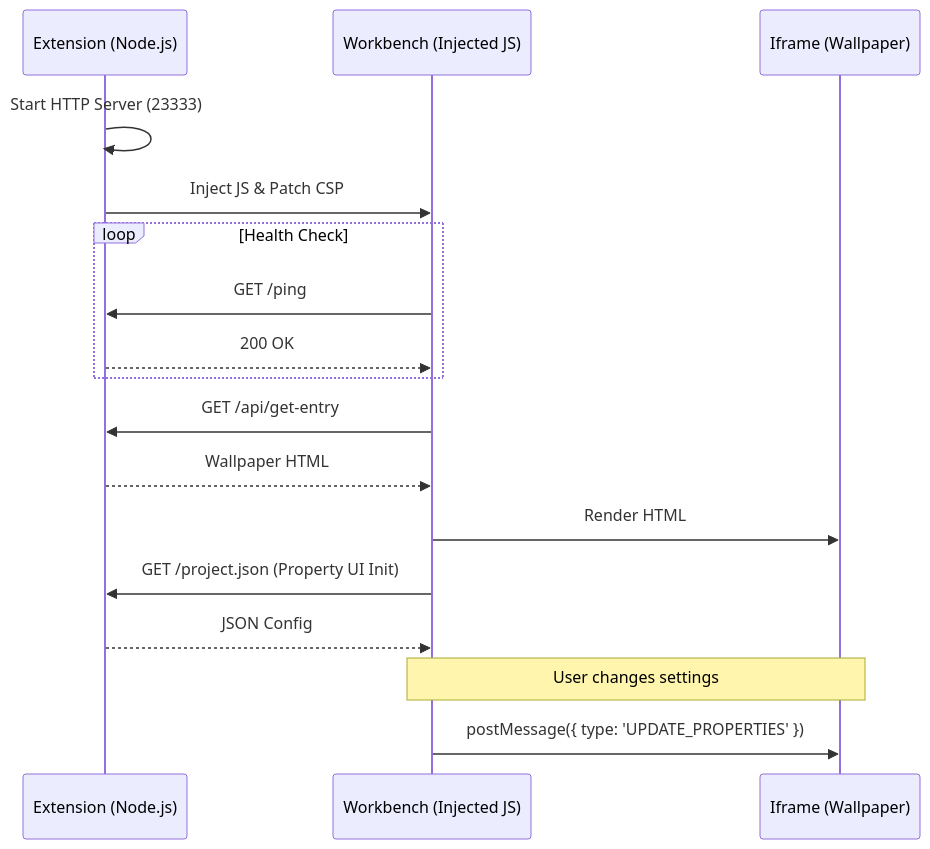
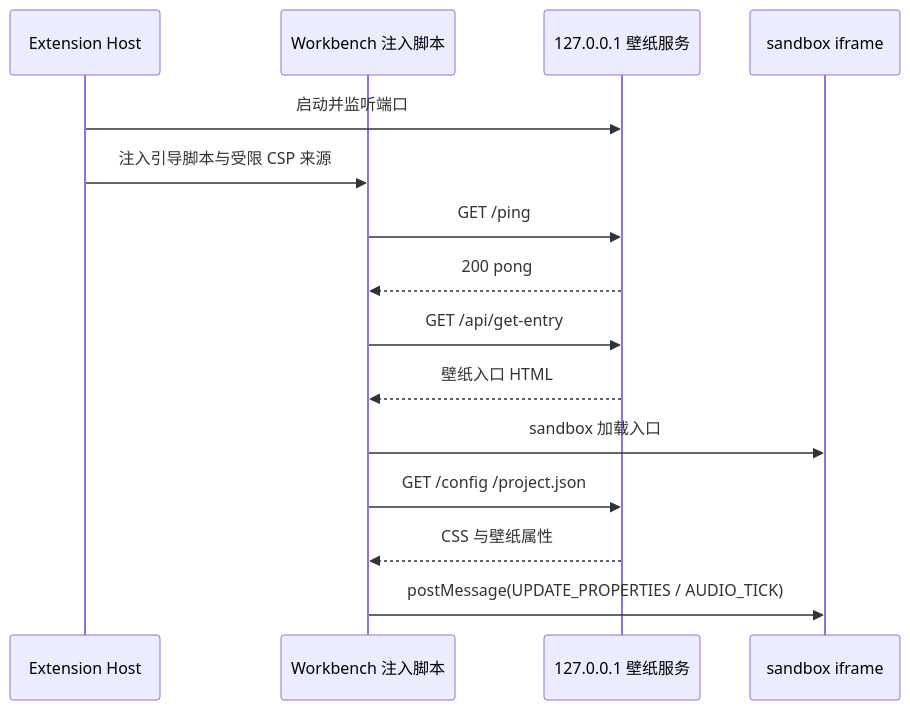
The diagram in docs/COMMUNICATION.md (Epslion404/vscode-wallpaper-engine), drawn with Mermaid before and after one commit. The commit also changed other lines of this file and 3 other files, not shown here.

````diff
--- a/docs/COMMUNICATION.md
+++ b/docs/COMMUNICATION.md
@@ -92,24 +85,18 @@
 ```mermaid
 sequenceDiagram
-    participant Ext as Extension (Node.js)
-    participant WB as Workbench (Injected JS)
-    participant IF as Iframe (Wallpaper)
+    participant Ext as Extension Host
+    participant WB as Workbench 注入脚本
+    participant S as 127.0.0.1 壁纸服务
+    participant IF as sandbox iframe
 
-    Ext->>Ext: Start HTTP Server (23333)
-    Ext->>WB: Inject JS & Patch CSP
-
-    loop Health Check
-        WB->>Ext: GET /ping
-        Ext-->>WB: 200 OK
-    end
-
-    WB->>Ext: GET /api/get-entry
-    Ext-->>WB: Wallpaper HTML
-    WB->>IF: Render HTML
-
-    WB->>Ext: GET /project.json (Property UI Init)
-    Ext-->>WB: JSON Config
-
-    Note over WB, IF: User changes settings
-    WB->>IF: postMessage({ type: 'UPDATE_PROPERTIES' })
+    Ext->>S: 启动并监听端口
+    Ext->>WB: 注入引导脚本与受限 CSP 来源
+    WB->>S: GET /ping
+    S-->>WB: 200 pong
+    WB->>S: GET /api/get-entry
+    S-->>WB: 壁纸入口 HTML
+    WB->>IF: sandbox 加载入口
+    WB->>S: GET /config /project.json
+    S-->>WB: CSS 与壁纸属性
+    WB->>IF: postMessage(UPDATE_PROPERTIES / AUDIO_TICK)
 ```
````
